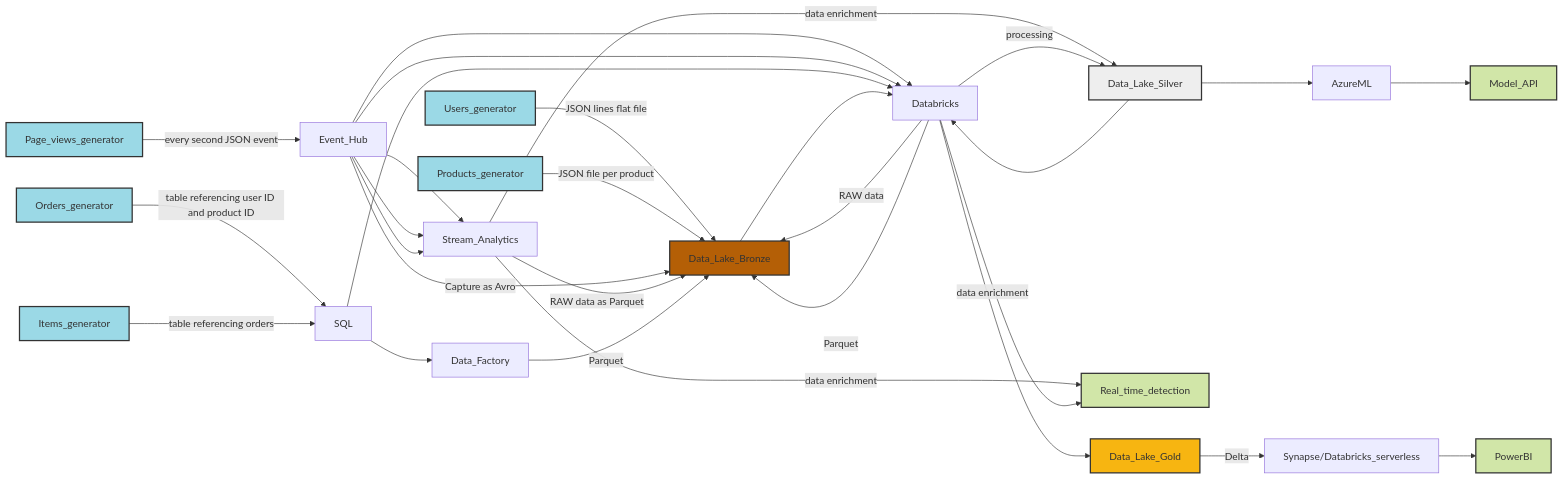
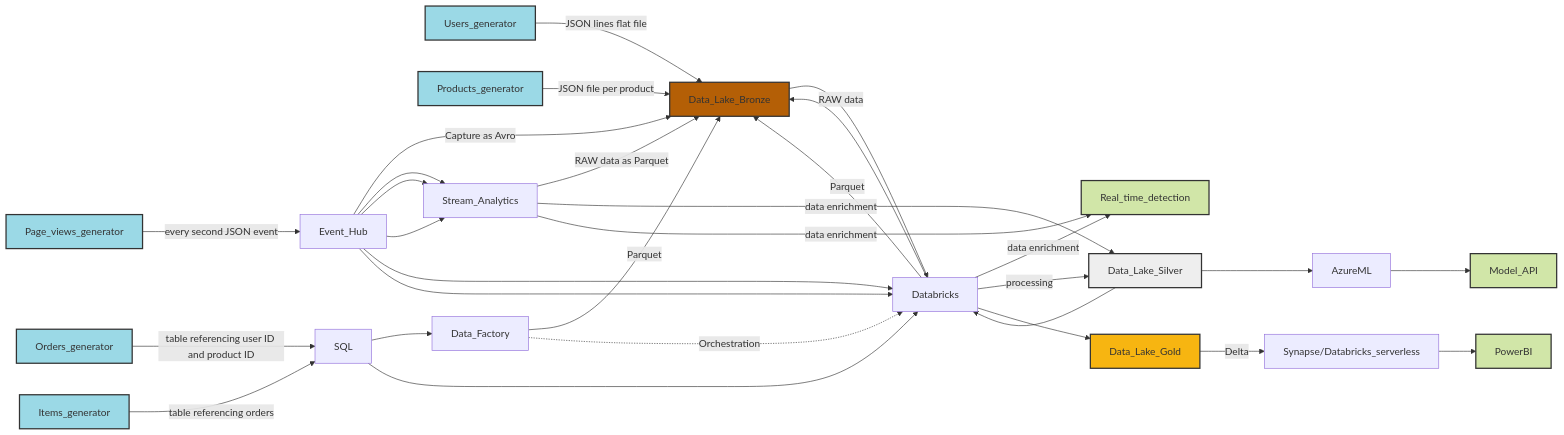
The second of 2 diagrams in README.md (tkubica12/dataplayground), drawn with Mermaid before and after one commit. The commit also changed other lines of this file and 14 other files, not shown here.

````diff
--- a/README.md
+++ b/README.md
@@ -35,31 +45,31 @@
 ```mermaid
 graph LR;
     Users_generator -- JSON lines flat file --> Data_Lake_Bronze;
     Products_generator -- JSON file per product --> Data_Lake_Bronze;
     Orders_generator -- table referencing user ID and product ID --> SQL;
     Items_generator -- table referencing orders --> SQL;
     Page_views_generator -- every second JSON event --> Event_Hub;
     Event_Hub -- Capture as Avro --> Data_Lake_Bronze;
     Event_Hub --> Stream_Analytics -- RAW data as Parquet --> Data_Lake_Bronze;
     Event_Hub --> Stream_Analytics -- data enrichment --> Data_Lake_Silver;
     Event_Hub --> Stream_Analytics -- data enrichment --> Real_time_detection;
     Event_Hub --> Databricks -- RAW data --> Data_Lake_Bronze;
     Event_Hub --> Databricks -- data enrichment --> Real_time_detection;
     SQL --> Data_Factory -- Parquet --> Data_Lake_Bronze;
     SQL --> Databricks -- Parquet --> Data_Lake_Bronze;
     Data_Lake_Bronze --> Databricks -- processing --> Data_Lake_Silver;
+    Data_Factory -. Orchestration .-> Databricks;
     Data_Lake_Silver --> AzureML --> Model_API;
     Data_Lake_Silver --> Databricks --> Data_Lake_Gold;
     Data_Lake_Gold -- Delta --> Synapse/Databricks_serverless --> PowerBI;
 
-    
     classDef generators fill:#9bd9e6,stroke:#333,stroke-width:2px;
     class Users_generator,Products_generator,Orders_generator,Items_generator,Page_views_generator generators;
 
     style Data_Lake_Bronze fill:#b45f06,stroke:#333,stroke-width:2px
     style Data_Lake_Silver fill:#eeeeee,stroke:#333,stroke-width:2px
     style Data_Lake_Gold fill:#f7b511,stroke:#333,stroke-width:2px
         
     classDef endstate fill:#d1e6a8,stroke:#333,stroke-width:2px;
     class Model_API,PowerBI,Real_time_detection endstate;
 ```
````
